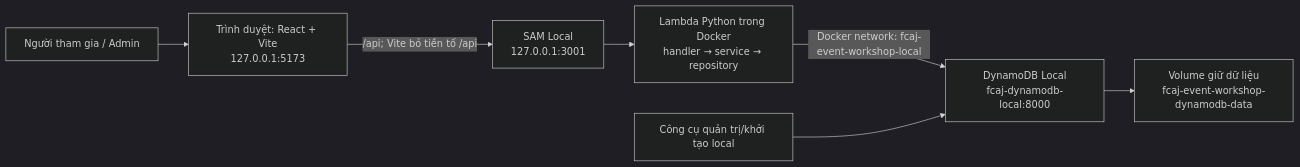
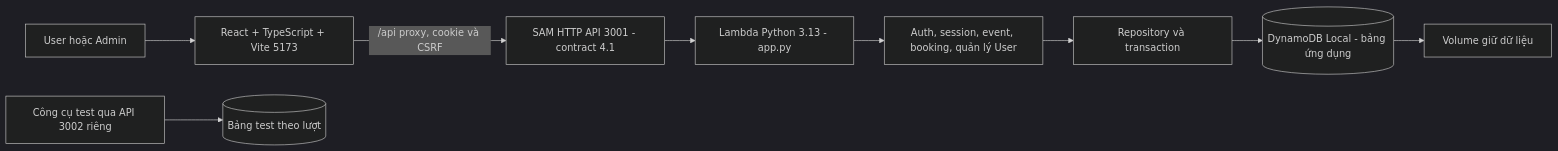
The first of 2 diagrams in phuc-worklog/week-4/23-10.md (leanhquan0211/FCAJ-23521254-23521225), drawn with Mermaid (dark theme) before and after one commit. The commit also changed other lines of this file and 9 other files, not shown here.

Commit message:
docs: consolidate Phuc week 4 session and test handoff

````diff
--- a/phuc-worklog/week-4/23-10.md
+++ b/phuc-worklog/week-4/23-10.md
@@ -41,9 +52,11 @@
 ```mermaid
 flowchart LR
-    U[Người tham gia / Admin] --> F[Trình duyệt: React + Vite\n127.0.0.1:5173]
-    F -->|/api; Vite bỏ tiền tố /api| A[SAM Local\n127.0.0.1:3001]
-    A --> L[Lambda Python trong Docker\nhandler → service → repository]
-    L -->|Docker network: fcaj-event-workshop-local| D[DynamoDB Local\nfcaj-dynamodb-local:8000]
-    D --> V[Volume giữ dữ liệu\nfcaj-event-workshop-dynamodb-data]
-    T[Công cụ quản trị/khởi tạo local] --> D
+    Human[User hoặc Admin] --> UI[React + TypeScript + Vite 5173]
+    UI -->|/api proxy, cookie và CSRF| API[SAM HTTP API 3001 - contract 4.1]
+    API --> Handler[Lambda Python 3.13 - app.py]
+    Handler --> Services[Auth, session, event, booking, quản lý User]
+    Services --> Repo[Repository và transaction]
+    Repo --> DB[(DynamoDB Local - bảng ứng dụng)]
+    DB --> Volume[Volume giữ dữ liệu]
+    Test[Công cụ test qua API 3002 riêng] --> TestDB[(Bảng test theo lượt)]
 ```
````
